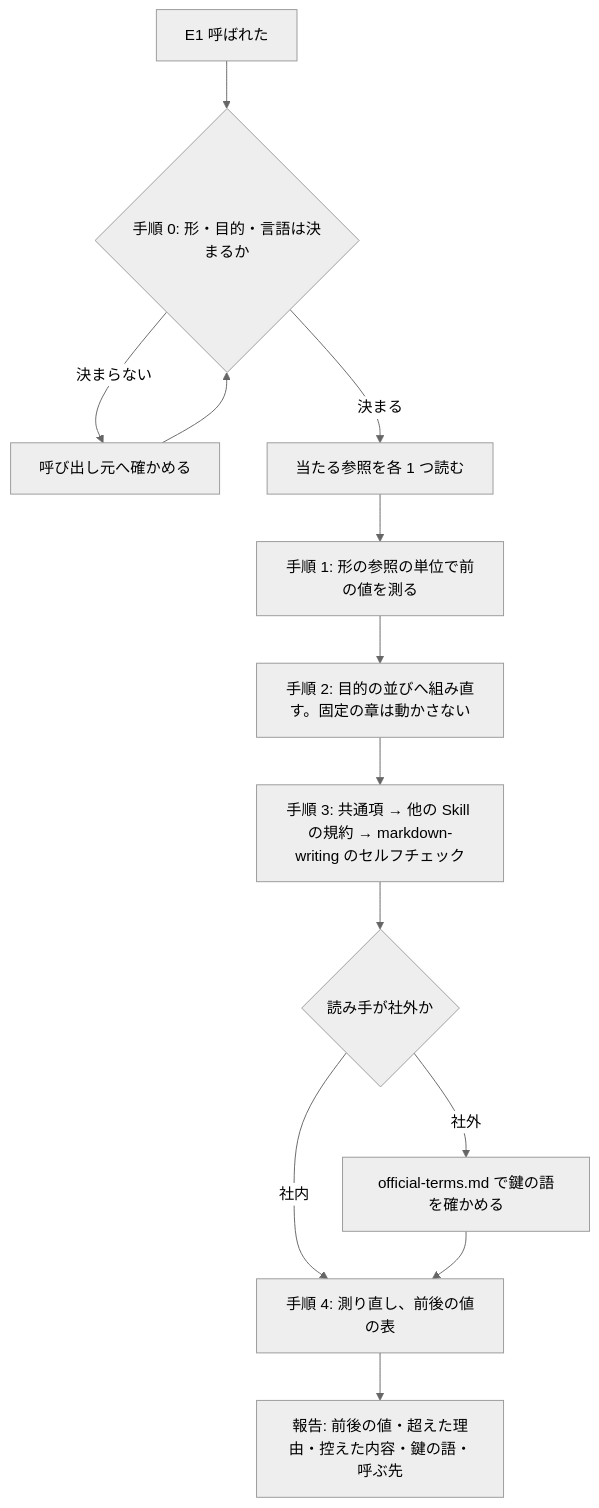
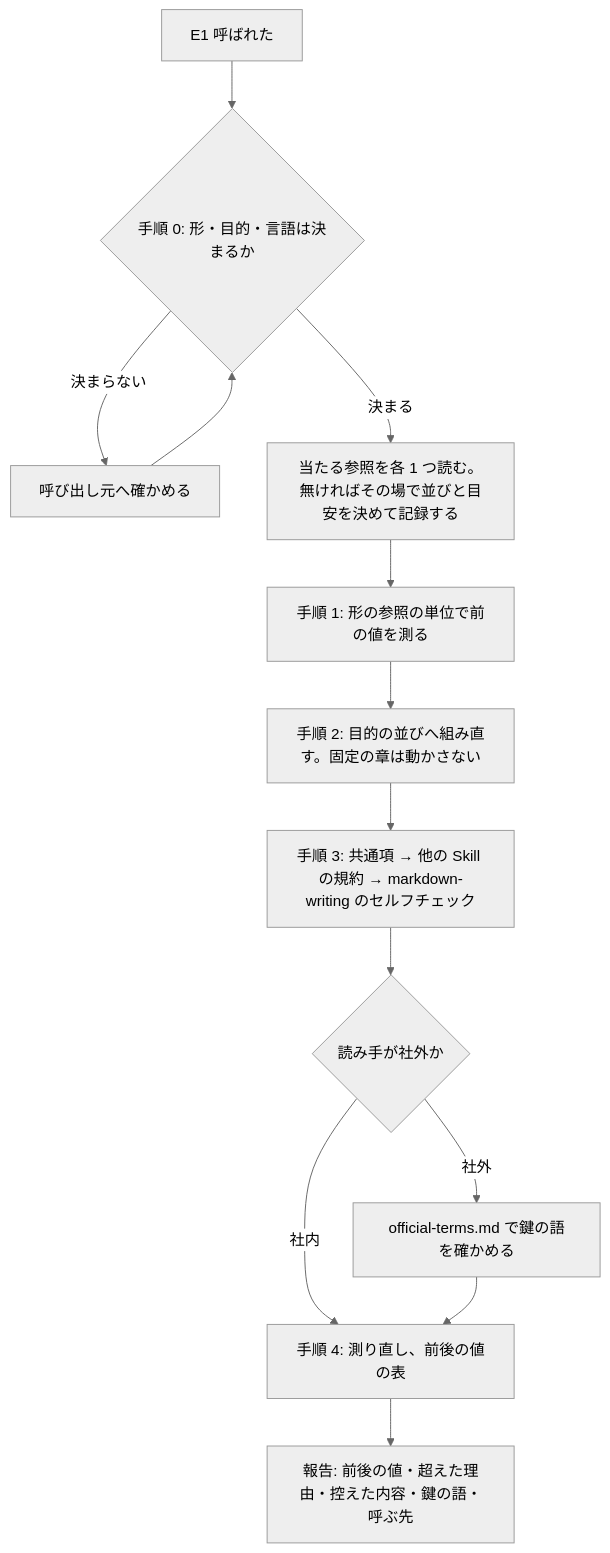
One commit to devbasex/ai-plugins changed the second of 2 diagrams in issues/issue-2086-design.md. Above: the diagram before and after it, drawn with Mermaid (neutral theme). The commit also changed other lines of this file and 2 other files, not shown here.

````diff
--- a/issues/issue-2086-design.md
+++ b/issues/issue-2086-design.md
@@ -258,15 +258,15 @@
 ```mermaid
 graph TD
   A[E1 呼ばれた] --> B{手順 0: 形・目的・言語は決まるか}
   B -->|決まらない| Q[呼び出し元へ確かめる]
   Q --> B
-  B -->|決まる| C[当たる参照を各 1 つ読む]
+  B -->|決まる| C[当たる参照を各 1 つ読む。無ければその場で並びと目安を決めて記録する]
   C --> D[手順 1: 形の参照の単位で前の値を測る]
   D --> E[手順 2: 目的の並びへ組み直す。固定の章は動かさない]
   E --> F[手順 3: 共通項 → 他の Skill の規約 → markdown-writing のセルフチェック]
   F --> G{読み手が社外か}
   G -->|社外| H[official-terms.md で鍵の語を確かめる]
   G -->|社内| I
   H --> I[手順 4: 測り直し、前後の値の表]
   I --> J[報告: 前後の値・超えた理由・控えた内容・鍵の語・呼ぶ先]
 ```
````
